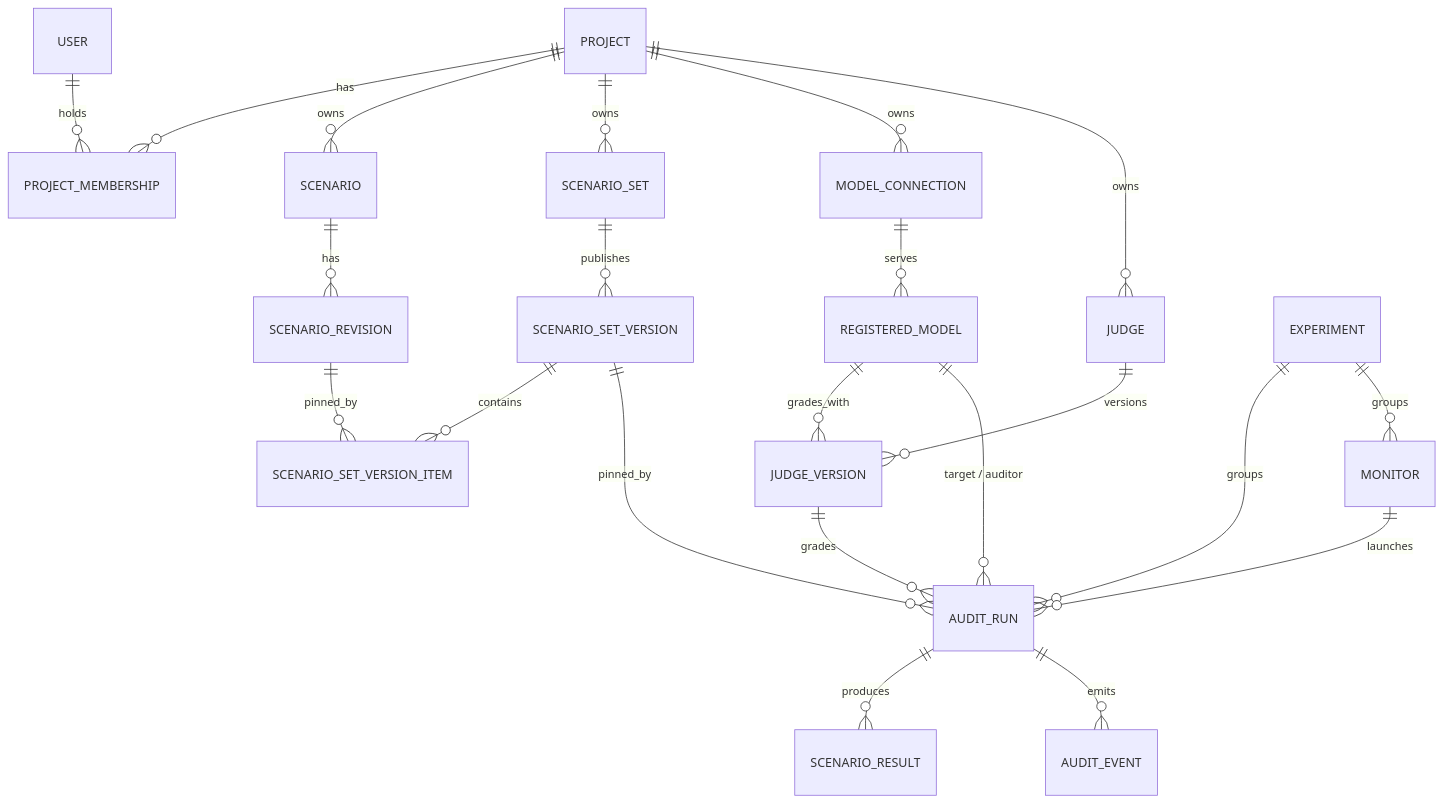
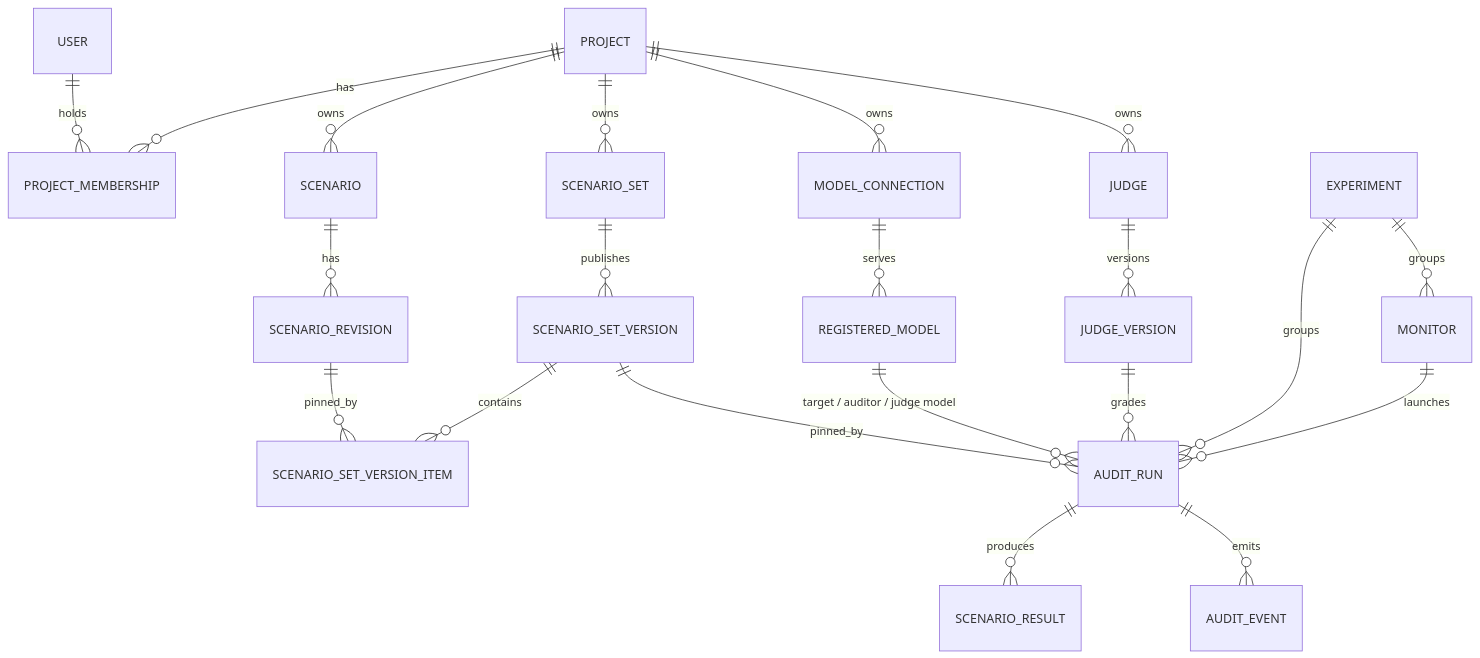
Before and after one commit to SimulaMet/SimpleAuditStudio: the diagram in docs/domain-model.md, drawn with Mermaid. The commit also changed other lines of this file and 31 other files, not shown here.

First line of the commit message:
feat: judge model is picked per run; judges are rubric + prompts

````diff
--- a/docs/domain-model.md
+++ b/docs/domain-model.md
@@ -16,24 +16,23 @@
 ```mermaid
 erDiagram
     PROJECT ||--o{ PROJECT_MEMBERSHIP : has
     USER ||--o{ PROJECT_MEMBERSHIP : holds
     PROJECT ||--o{ SCENARIO : owns
     PROJECT ||--o{ SCENARIO_SET : owns
     PROJECT ||--o{ MODEL_CONNECTION : owns
     SCENARIO ||--o{ SCENARIO_REVISION : has
     SCENARIO_SET ||--o{ SCENARIO_SET_VERSION : publishes
     SCENARIO_SET_VERSION ||--o{ SCENARIO_SET_VERSION_ITEM : contains
     SCENARIO_REVISION ||--o{ SCENARIO_SET_VERSION_ITEM : pinned_by
     MODEL_CONNECTION ||--o{ REGISTERED_MODEL : serves
     PROJECT ||--o{ JUDGE : owns
     JUDGE ||--o{ JUDGE_VERSION : versions
-    REGISTERED_MODEL ||--o{ JUDGE_VERSION : grades_with
-    REGISTERED_MODEL ||--o{ AUDIT_RUN : "target / auditor"
+    REGISTERED_MODEL ||--o{ AUDIT_RUN : "target / auditor / judge model"
     JUDGE_VERSION ||--o{ AUDIT_RUN : grades
     SCENARIO_SET_VERSION ||--o{ AUDIT_RUN : pinned_by
     EXPERIMENT ||--o{ AUDIT_RUN : groups
     EXPERIMENT ||--o{ MONITOR : groups
     MONITOR ||--o{ AUDIT_RUN : launches
     AUDIT_RUN ||--o{ SCENARIO_RESULT : produces
     AUDIT_RUN ||--o{ AUDIT_EVENT : emits
 ```
````
